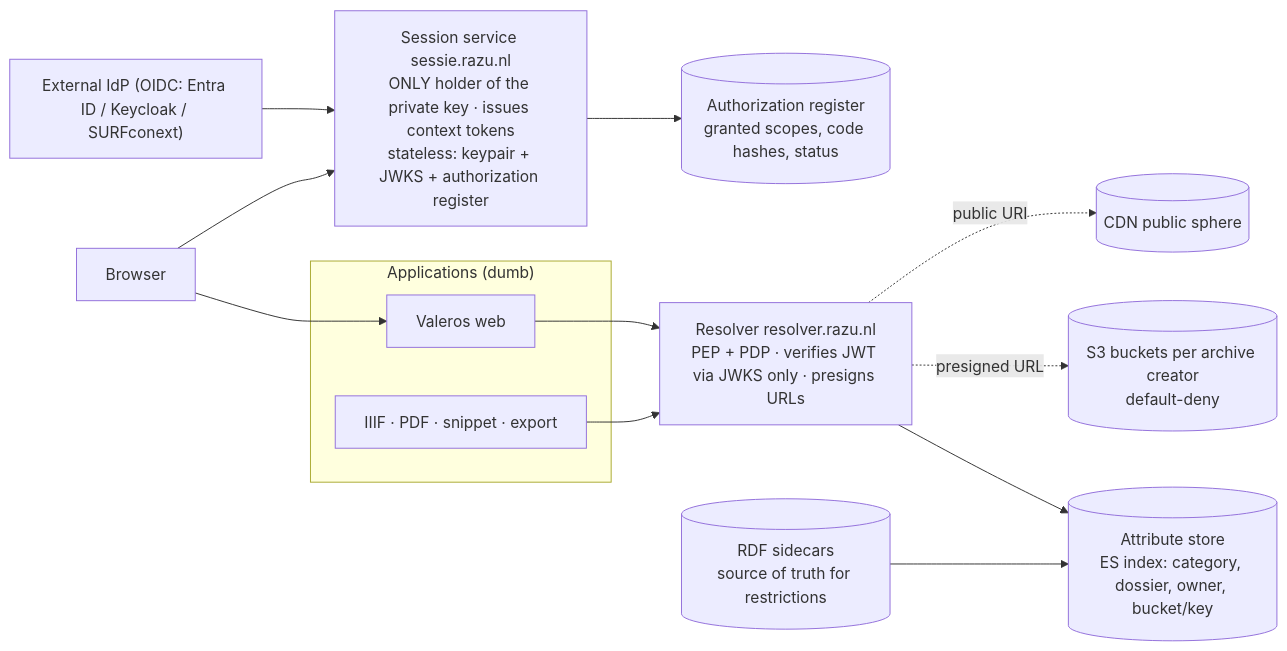
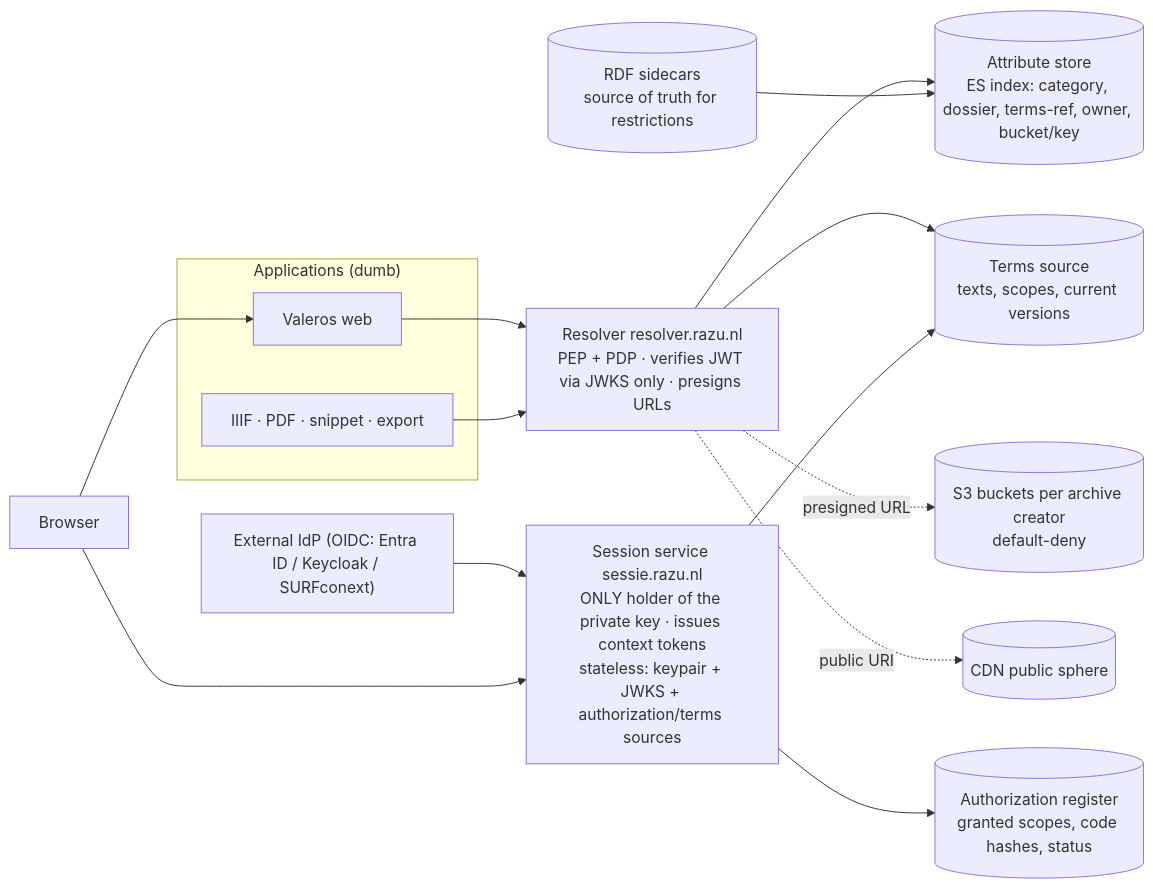
Before and after one commit to Regionaal-Archief-Zuid-Utrecht/vestibulum: the second of 2 diagrams in access-restrictions-overview.en.md, drawn with Mermaid. The commit also changed other lines of this file and 4 other files, not shown here.

````diff
--- a/access-restrictions-overview.en.md
+++ b/access-restrictions-overview.en.md
@@ -58,26 +61,29 @@
 ```mermaid
 graph LR
   subgraph Apps["Applications (dumb)"]
     V[Valeros web]
     I[IIIF · PDF · snippet · export]
   end
   B[Browser]
   IdP["External IdP (OIDC: Entra ID / Keycloak / SURFconext)"]
   R["Resolver resolver.razu.nl<br/>PEP + PDP · verifies JWT via JWKS only · presigns URLs"]
-  S["Session service sessie.razu.nl<br/>ONLY holder of the private key · issues context tokens<br/>stateless: keypair + JWKS + authorization register"]
-  A[("Attribute store<br/>ES index: category, dossier, owner, bucket/key")]
+  S["Session service sessie.razu.nl<br/>ONLY holder of the private key · issues context tokens<br/>stateless: keypair + JWKS + authorization/terms sources"]
+  A[("Attribute store<br/>ES index: category, dossier, terms-ref, owner, bucket/key")]
   G[("Authorization register<br/>granted scopes, code hashes, status")]
+  T[("Terms source<br/>texts, scopes, current versions")]
   C[("RDF sidecars<br/>source of truth for restrictions")]
   S3[("S3 buckets per archive creator<br/>default-deny")]
   CDN[(CDN public sphere)]
   B --> V
   V --> R
   I --> R
   R --> A
   IdP --> S
   S --> G
   C --> A
+  R --> T
+  S --> T
   R -. presigned URL .-> S3
   R -. public URI .-> CDN
   B --> S
 ```
````
